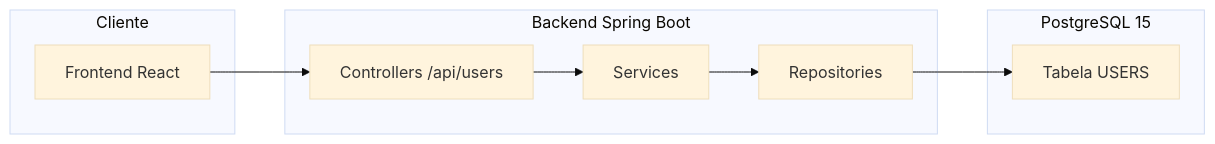
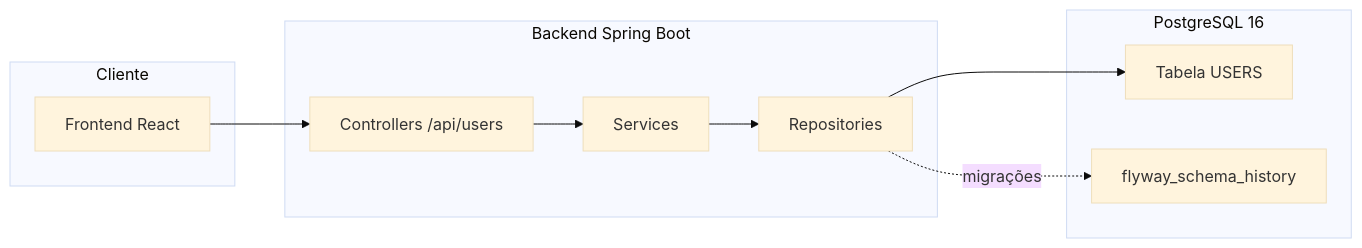
Before and after one commit to Gabriel1000000/gestao-usuarios-dashboard: the diagram in backend/README.md, drawn with Mermaid (base theme). The commit also changed other lines of this file, not shown here.

Commit message:
docs(backend): atualiza README com Flyway e Postgres 16

````diff
--- a/backend/README.md
+++ b/backend/README.md
@@ -18,19 +19,21 @@
 ```mermaid
 flowchart LR
-  subgraph Client [Cliente];
-    FE[Frontend React];
+  subgraph Client [Cliente]
+    FE[Frontend React]
   end
 
-  subgraph Back [Backend Spring Boot];
-    API[Controllers /api/users];
-    SVC[Services];
-    REPO[Repositories];
+  subgraph Back [Backend Spring Boot]
+    API[Controllers /api/users]
+    SVC[Services]
+    REPO[Repositories]
   end
 
-  subgraph DB [PostgreSQL 15];
-    USERS[Tabela USERS];
+  subgraph DB [PostgreSQL 16]
+    USERS[Tabela USERS]
+    FLYWAY[flyway_schema_history]
   end
 
-  FE --> API;
-  API --> SVC --> REPO --> USERS;
+  FE --> API
+  API --> SVC --> REPO --> USERS
+  REPO -.migrações.-> FLYWAY
 ```
````
